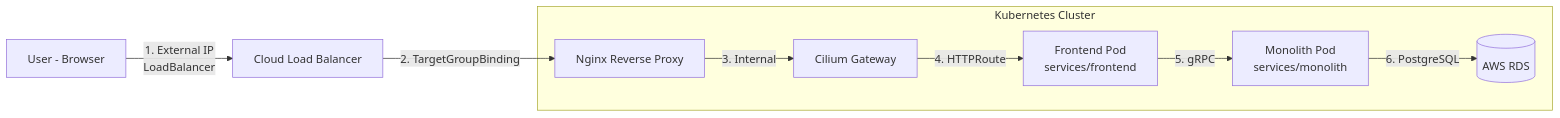
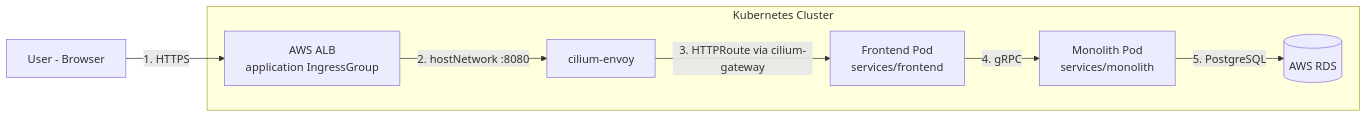
The first of 2 diagrams in README-ja.md (panicboat/monorepo), drawn with Mermaid before and after one commit. The commit also changed other lines of this file and 1 other file, not shown here.

Commit message:
docs: correct ingress path and drop thin Overview
Architecture diagram now reflects the actual ingress path documented in
services/frontend/kubernetes/base/httproute.yaml: ALB (application
IngressGroup) → cilium-envoy hostNetwork :8080 → HTTPRoute → frontend.
No Nginx reverse proxy is in front of cilium-envoy.

Drop the Overview body; the rest of the README already covers the same
ground.

````diff
--- a/README-ja.md
+++ b/README-ja.md
@@ -30,12 +28,11 @@
 ```mermaid
 graph LR
-  User[User - Browser] -- "1. External IP<br>LoadBalancer" --> NginxLB[Cloud Load Balancer]
-  NginxLB -- "2. TargetGroupBinding" --> NginxPod[Nginx Reverse Proxy]
+  User[User - Browser] -- "1. HTTPS" --> ALB[AWS ALB<br>application IngressGroup]
 
   subgraph "Kubernetes Cluster"
-    NginxPod -- "3. Internal" --> CiliumGw[Cilium Gateway]
-    CiliumGw -- "4. HTTPRoute" --> FrontendPod[Frontend Pod<br>services/frontend]
-    FrontendPod -- "5. gRPC" --> MonolithPod[Monolith Pod<br>services/monolith]
-    MonolithPod -- "6. PostgreSQL" --> RDS[(AWS RDS)]
+    ALB -- "2. hostNetwork :8080" --> Envoy[cilium-envoy]
+    Envoy -- "3. HTTPRoute via cilium-gateway" --> FrontendPod[Frontend Pod<br>services/frontend]
+    FrontendPod -- "4. gRPC" --> MonolithPod[Monolith Pod<br>services/monolith]
+    MonolithPod -- "5. PostgreSQL" --> RDS[(AWS RDS)]
   end
 ```
````
